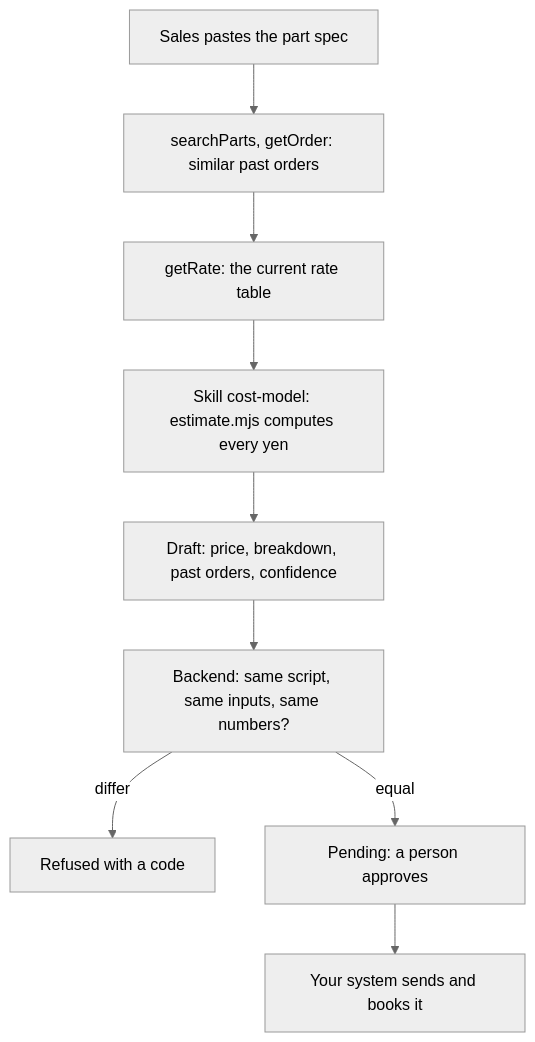
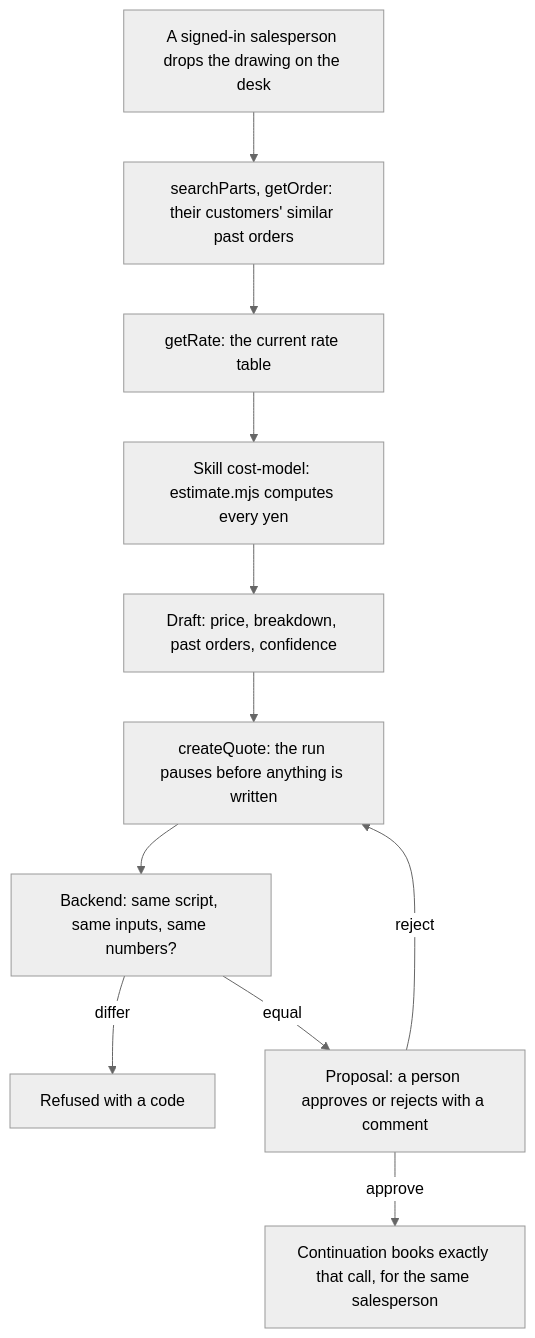
Before and after one commit to indxjp/agent-workspace: the first of 2 diagrams in docs/sdk/site/tutorials/quotation.mdx, drawn with Mermaid (neutral theme). The commit also changed other lines of this file and 2629 other files, not shown here.

````diff
--- a/docs/sdk/site/tutorials/quotation.mdx
+++ b/docs/sdk/site/tutorials/quotation.mdx
@@ -38,11 +44,13 @@
 ```mermaid
 flowchart TD
-  S["Sales pastes the part spec"] --> F["searchParts, getOrder: similar past orders"]
+  S["A signed-in salesperson drops the drawing on the desk"] --> F["searchParts, getOrder: their customers' similar past orders"]
   F --> R["getRate: the current rate table"]
   R --> E["Skill cost-model: estimate.mjs computes every yen"]
   E --> A["Draft: price, breakdown, past orders, confidence"]
-  A --> B["Backend: same script, same inputs, same numbers?"]
+  A --> K["createQuote: the run pauses before anything is written"]
+  K --> B["Backend: same script, same inputs, same numbers?"]
   B -- "differ" --> X["Refused with a code"]
-  B -- "equal" --> P["Pending: a person approves"]
-  P --> K["Your system sends and books it"]
+  B -- "equal" --> P["Proposal: a person approves or rejects with a comment"]
+  P -- "approve" --> D["Continuation books exactly that call, for the same salesperson"]
+  P -- "reject" --> K
 ```
````
